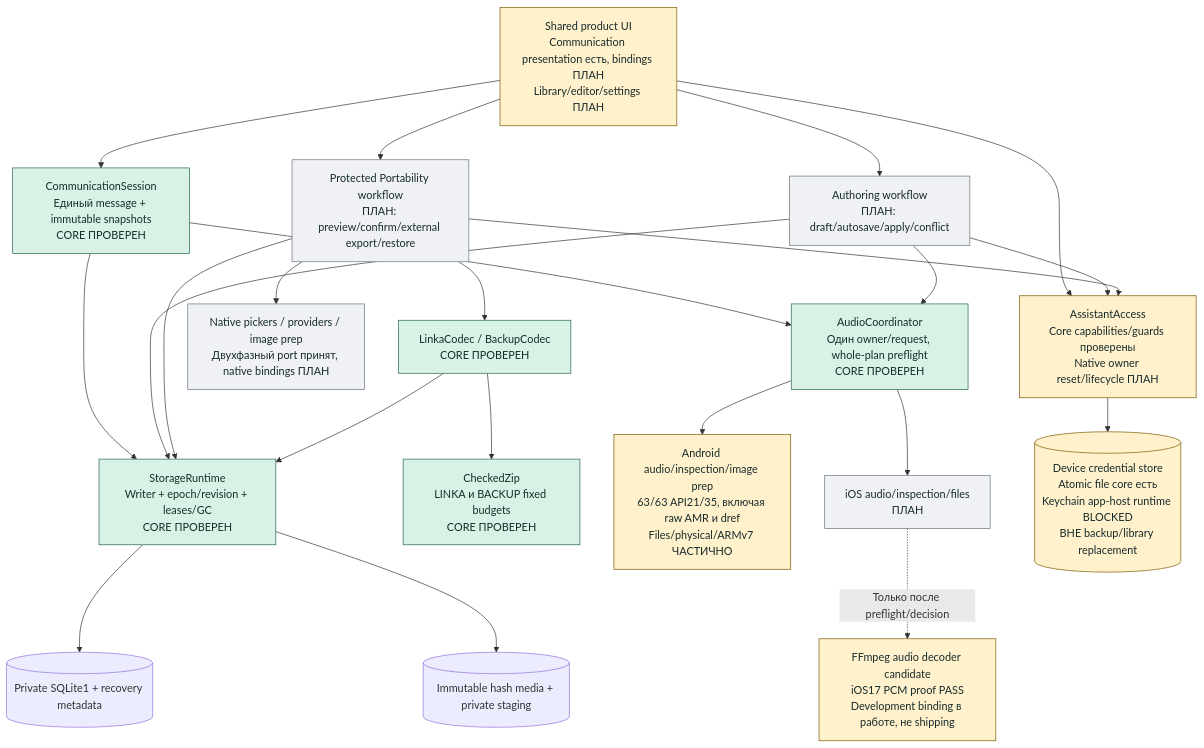
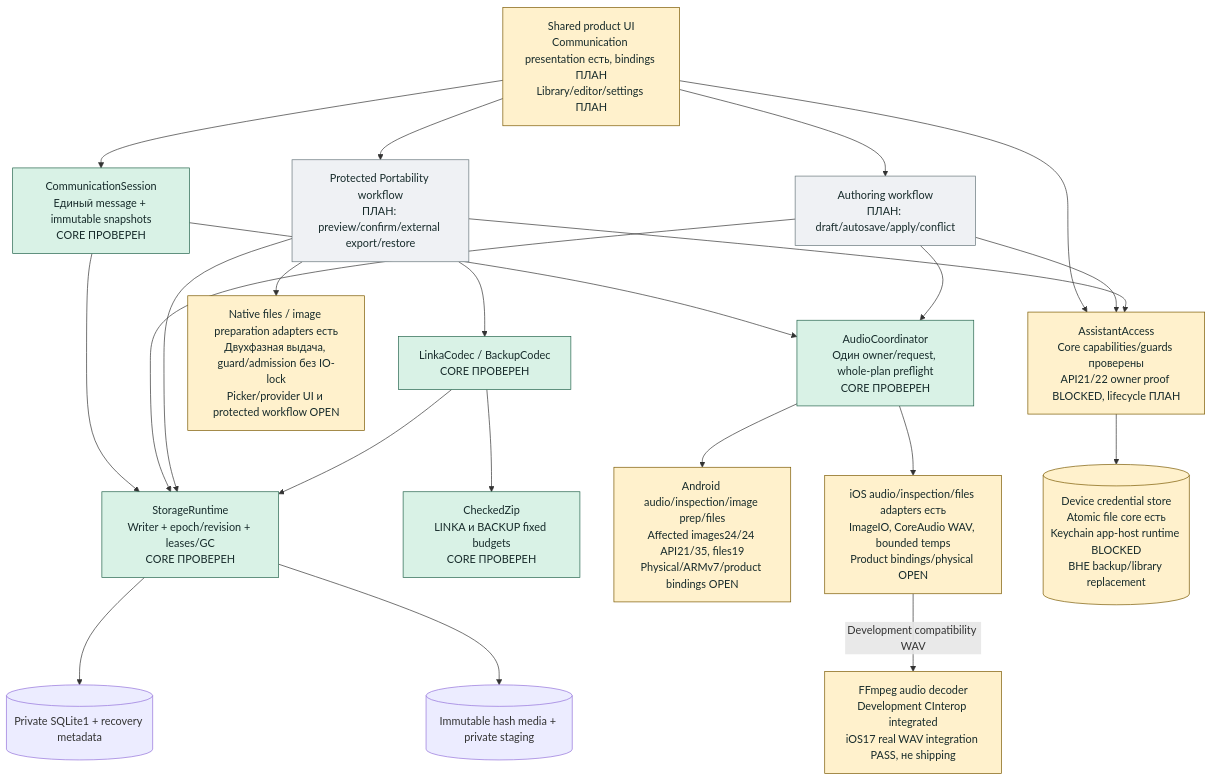
One commit to linkasu/linka.pictures-android changed the third of 6 diagrams in docs/c4/04-c4.md. Above: the diagram before and after it, drawn with Mermaid. The commit also changed 15 other files, not shown here.

Commit message:
feat(native): bind verified iOS decoder and shared image validation

````diff
--- a/docs/c4/04-c4.md
+++ b/docs/c4/04-c4.md
@@ -97,46 +97,46 @@
 ```mermaid
 flowchart TB
     UI["Shared product UI<br/>Communication presentation есть, bindings ПЛАН<br/>Library/editor/settings ПЛАН"]
     COM["CommunicationSession<br/>Единый message + immutable snapshots<br/>CORE ПРОВЕРЕН"]
     ED["Authoring workflow<br/>ПЛАН: draft/autosave/apply/conflict"]
     WF["Protected Portability workflow<br/>ПЛАН: preview/confirm/external export/restore"]
-    AUTH["AssistantAccess<br/>Core capabilities/guards проверены<br/>Native owner reset/lifecycle ПЛАН"]
+    AUTH["AssistantAccess<br/>Core capabilities/guards проверены<br/>API21/22 owner proof BLOCKED, lifecycle ПЛАН"]
     ST["StorageRuntime<br/>Writer + epoch/revision + leases/GC<br/>CORE ПРОВЕРЕН"]
     CODEC["LinkaCodec / BackupCodec<br/>CORE ПРОВЕРЕН"]
     ZIP["CheckedZip<br/>LINKA и BACKUP fixed budgets<br/>CORE ПРОВЕРЕН"]
     AUD["AudioCoordinator<br/>Один owner/request, whole-plan preflight<br/>CORE ПРОВЕРЕН"]
-    AND["Android audio/inspection/image prep<br/>63/63 API21/35, включая raw AMR и dref<br/>Files/physical/ARMv7 ЧАСТИЧНО"]
-    IOS["iOS audio/inspection/files<br/>ПЛАН"]
-    FF["FFmpeg audio decoder candidate<br/>iOS17 PCM proof PASS<br/>Development binding в работе, не shipping"]
-    FILES["Native pickers / providers / image prep<br/>Двухфазный port принят, native bindings ПЛАН"]
+    AND["Android audio/inspection/image prep/files<br/>Affected images24/24 API21/35, files19<br/>Physical/ARMv7/product bindings OPEN"]
+    IOS["iOS audio/inspection/files adapters есть<br/>ImageIO, CoreAudio WAV, bounded temps<br/>Product bindings/physical OPEN"]
+    FF["FFmpeg audio decoder<br/>Development CInterop integrated<br/>iOS17 real WAV integration PASS, не shipping"]
+    FILES["Native files / image preparation adapters есть<br/>Двухфазная выдача, guard/admission без IO-lock<br/>Picker/provider UI и protected workflow OPEN"]
     DB[("Private SQLite1 + recovery metadata")]
     MEDIA[("Immutable hash media + private staging")]
     SECRETS[("Device credential store<br/>Atomic file core есть<br/>Keychain app-host runtime BLOCKED<br/>ВНЕ backup/library replacement")]
     UI --> COM
     UI --> ED
     UI --> WF
     UI --> AUTH
     COM --> ST
     COM --> AUD
     ED --> AUTH
     ED --> ST
     ED --> AUD
     WF --> AUTH
     WF --> CODEC
     WF --> ST
     WF --> FILES
     CODEC --> ZIP
     CODEC --> ST
     ST --> DB
     ST --> MEDIA
     AUD --> AND
     AUD --> IOS
-    IOS -. "Только после preflight/decision" .-> FF
+    IOS -->|"Development compatibility WAV"| FF
     AUTH --> SECRETS
     classDef done fill:#D9F2E6,stroke:#23634B,color:#172B2B
     classDef partial fill:#FFF1CC,stroke:#7A5900,color:#172B2B
     classDef planned fill:#EFF1F4,stroke:#66757A,color:#172B2B
     class COM,ST,CODEC,ZIP,AUD done
-    class AND,FF,UI,AUTH,SECRETS partial
-    class ED,WF,IOS,FILES planned
+    class AND,IOS,FILES,FF,UI,AUTH,SECRETS partial
+    class ED,WF planned
 ```
````
